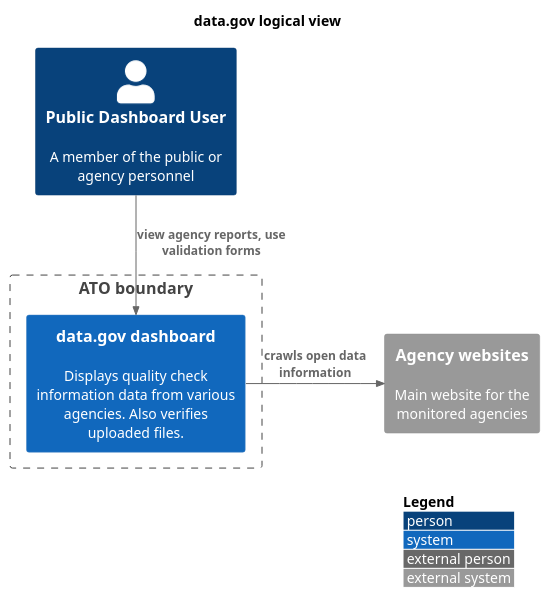
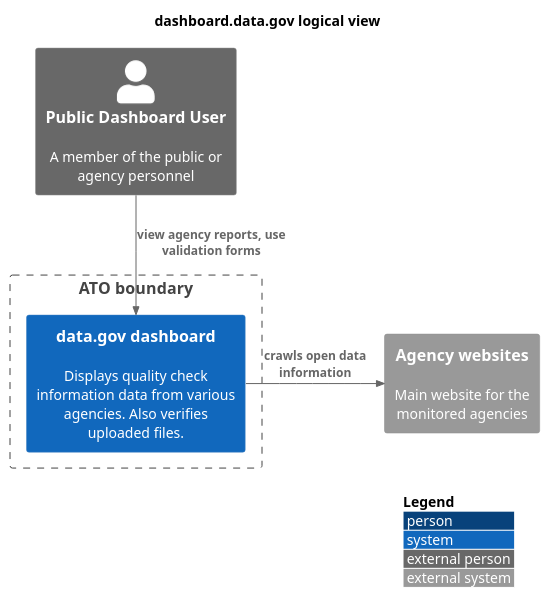
Before and after one commit to GSA/datagov-compliance: the first of 9 diagrams in codimd-scratchpad.md, drawn with PlantUML. The commit also changed other lines of this file, not shown here.

Commit message:
Add inline boundary diagrams for www, catalog and inventory; inline logical dashboard view

````diff
--- a/codimd-scratchpad.md
+++ b/codimd-scratchpad.md
@@ -105,21 +106,21 @@
 ```plantuml
 @startuml data.gov logical view
 !include https://raw.githubusercontent.com/adrianvlupu/C4-PlantUML/latest/C4_Context.puml
 
 LAYOUT_WITH_LEGEND()
-title data.gov logical view
+title dashboard.data.gov logical view
 
-Person(public, "Public Dashboard User", "A member of the public or agency personnel")
+Person_Ext(public, "Public Dashboard User", "A member of the public or agency personnel")
 
 'note left of public : In java, every class\nextends this one.
 
 Boundary(atob, "ATO boundary") {
     System(dashboard, "data.gov dashboard", "Displays quality check information data from various agencies. Also verifies uploaded files.")
 }
 
 System_Ext(agencysites, "Agency websites", "Main website for the monitored agencies")
 
 Rel(public, dashboard, "view agency reports, use validation forms")
 Rel_Neighbor(dashboard, agencysites, "crawls open data information") 
 @enduml
 ```
````
